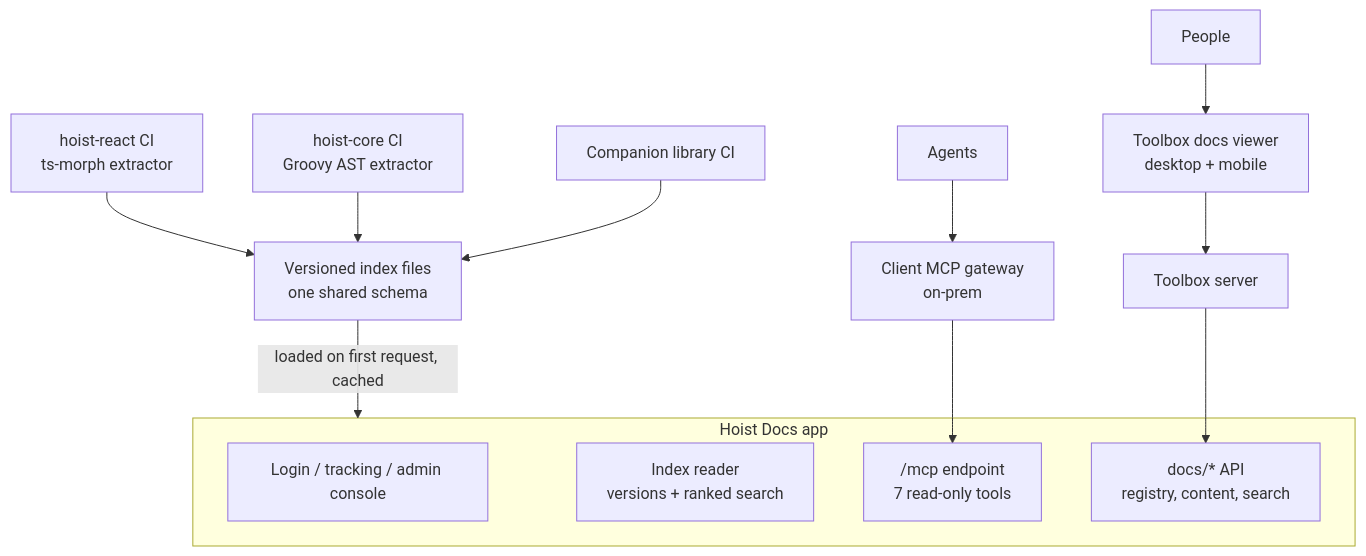
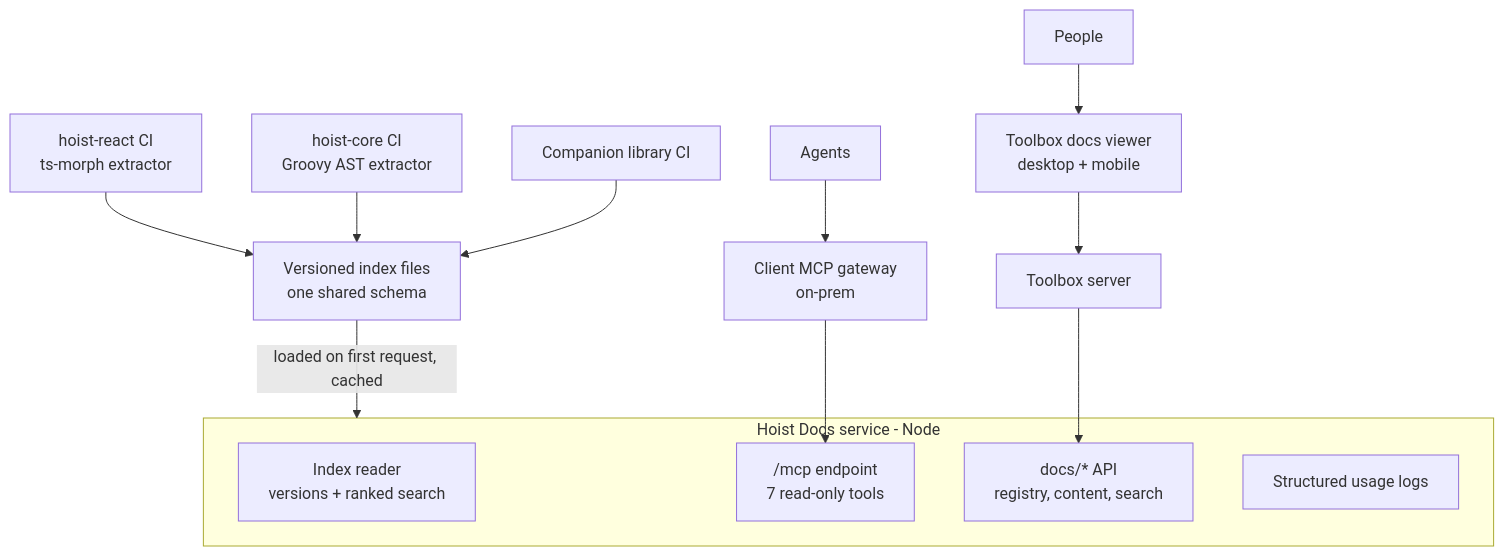
Before and after one commit to xh/hoist-docs: the diagram in docs/design.md, drawn with Mermaid. The commit also changed other lines of this file and 61 other files, not shown here.

````diff
--- a/docs/design.md
+++ b/docs/design.md
@@ -67,18 +86,18 @@
 ```mermaid
 flowchart TB
     R[hoist-react CI<br/>ts-morph extractor] --> I
     C[hoist-core CI<br/>Groovy AST extractor] --> I
     X[Companion library CI] --> I
     I[Versioned index files<br/>one shared schema] -->|loaded on first request, cached| S
-    subgraph S[Hoist Docs app]
-        L[Login / tracking / admin console]
+    subgraph S[Hoist Docs service - Node]
         IR[Index reader<br/>versions + ranked search]
         M["/mcp endpoint<br/>7 read-only tools"]
         D["docs/* API<br/>registry, content, search"]
+        L[Structured usage logs]
     end
     G[Client MCP gateway<br/>on-prem] --> M
     A[Agents] --> G
     T[Toolbox server] --> D
     P[People] --> TV[Toolbox docs viewer<br/>desktop + mobile]
     TV --> T
 ```
````
